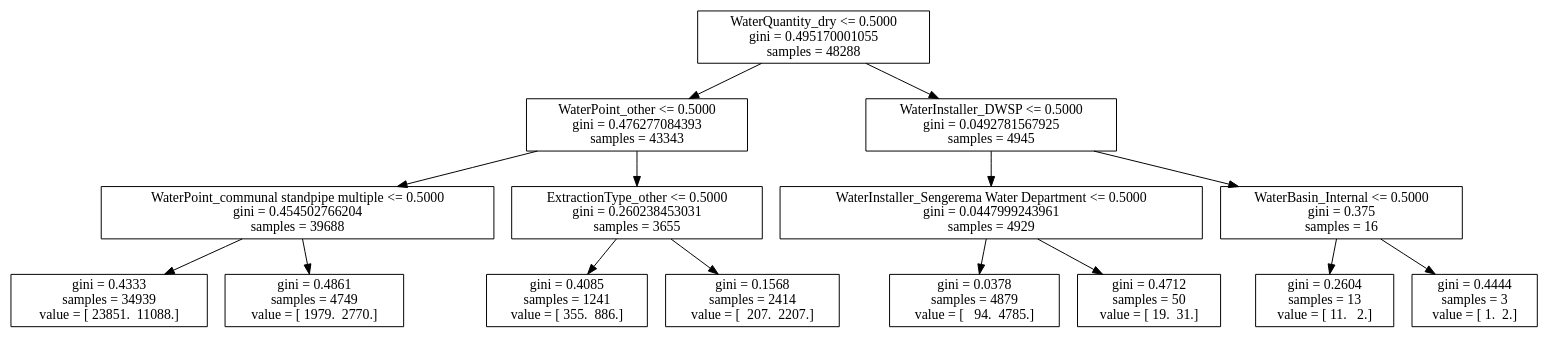
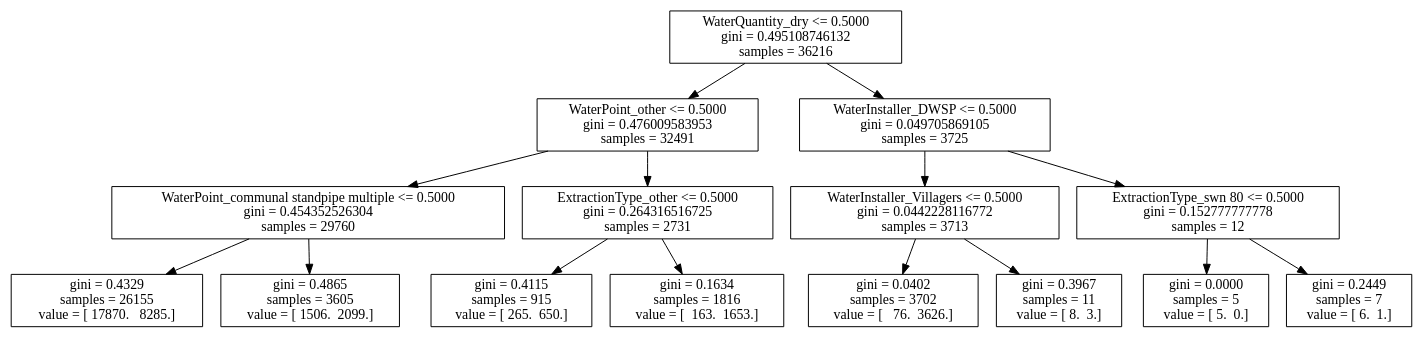
The diagram in presentationcode/tree_pump.dot (inrazhtet/GAWaterPumps), drawn with Graphviz before and after one commit. The commit also changed 7 other files, not shown here.

```diff
--- a/presentationcode/tree_pump.dot
+++ b/presentationcode/tree_pump.dot
@@ -1,31 +1,31 @@
 digraph Tree {
-0 [label="WaterQuantity_dry <= 0.5000\ngini = 0.495170001055\nsamples = 48288", shape="box"] ;
-1 [label="WaterPoint_other <= 0.5000\ngini = 0.476277084393\nsamples = 43343", shape="box"] ;
+0 [label="WaterQuantity_dry <= 0.5000\ngini = 0.495108746132\nsamples = 36216", shape="box"] ;
+1 [label="WaterPoint_other <= 0.5000\ngini = 0.476009583953\nsamples = 32491", shape="box"] ;
 0 -> 1 ;
-2 [label="WaterPoint_communal standpipe multiple <= 0.5000\ngini = 0.454502766204\nsamples = 39688", shape="box"] ;
+2 [label="WaterPoint_communal standpipe multiple <= 0.5000\ngini = 0.454352526304\nsamples = 29760", shape="box"] ;
 1 -> 2 ;
-3 [label="gini = 0.4333\nsamples = 34939\nvalue = [ 23851.  11088.]", shape="box"] ;
+3 [label="gini = 0.4329\nsamples = 26155\nvalue = [ 17870.   8285.]", shape="box"] ;
 2 -> 3 ;
-4 [label="gini = 0.4861\nsamples = 4749\nvalue = [ 1979.  2770.]", shape="box"] ;
+4 [label="gini = 0.4865\nsamples = 3605\nvalue = [ 1506.  2099.]", shape="box"] ;
 2 -> 4 ;
-5 [label="ExtractionType_other <= 0.5000\ngini = 0.260238453031\nsamples = 3655", shape="box"] ;
+5 [label="ExtractionType_other <= 0.5000\ngini = 0.264316516725\nsamples = 2731", shape="box"] ;
 1 -> 5 ;
-6 [label="gini = 0.4085\nsamples = 1241\nvalue = [ 355.  886.]", shape="box"] ;
+6 [label="gini = 0.4115\nsamples = 915\nvalue = [ 265.  650.]", shape="box"] ;
 5 -> 6 ;
-7 [label="gini = 0.1568\nsamples = 2414\nvalue = [  207.  2207.]", shape="box"] ;
+7 [label="gini = 0.1634\nsamples = 1816\nvalue = [  163.  1653.]", shape="box"] ;
 5 -> 7 ;
-8 [label="WaterInstaller_DWSP <= 0.5000\ngini = 0.0492781567925\nsamples = 4945", shape="box"] ;
+8 [label="WaterInstaller_DWSP <= 0.5000\ngini = 0.049705869105\nsamples = 3725", shape="box"] ;
 0 -> 8 ;
-9 [label="WaterInstaller_Sengerema Water Department <= 0.5000\ngini = 0.0447999243961\nsamples = 4929", shape="box"] ;
+9 [label="WaterInstaller_Villagers <= 0.5000\ngini = 0.0442228116772\nsamples = 3713", shape="box"] ;
 8 -> 9 ;
-10 [label="gini = 0.0378\nsamples = 4879\nvalue = [   94.  4785.]", shape="box"] ;
+10 [label="gini = 0.0402\nsamples = 3702\nvalue = [   76.  3626.]", shape="box"] ;
 9 -> 10 ;
-11 [label="gini = 0.4712\nsamples = 50\nvalue = [ 19.  31.]", shape="box"] ;
+11 [label="gini = 0.3967\nsamples = 11\nvalue = [ 8.  3.]", shape="box"] ;
 9 -> 11 ;
-12 [label="WaterBasin_Internal <= 0.5000\ngini = 0.375\nsamples = 16", shape="box"] ;
+12 [label="ExtractionType_swn 80 <= 0.5000\ngini = 0.152777777778\nsamples = 12", shape="box"] ;
 8 -> 12 ;
-13 [label="gini = 0.2604\nsamples = 13\nvalue = [ 11.   2.]", shape="box"] ;
+13 [label="gini = 0.0000\nsamples = 5\nvalue = [ 5.  0.]", shape="box"] ;
 12 -> 13 ;
-14 [label="gini = 0.4444\nsamples = 3\nvalue = [ 1.  2.]", shape="box"] ;
+14 [label="gini = 0.2449\nsamples = 7\nvalue = [ 6.  1.]", shape="box"] ;
 12 -> 14 ;
 }
```
